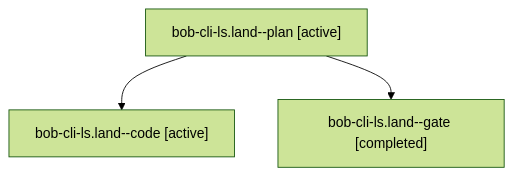
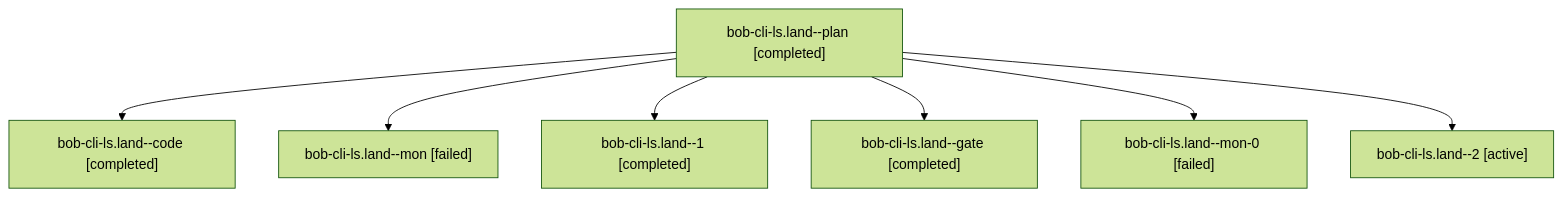
Before and after one commit to bobs-org/bob-cli--agents: the diagram in sessions/bbugyi200.athena.bob-cli-ls.land.md, drawn with Mermaid (forest theme). The commit also changed other lines of this file and 81 other files, not shown here.

````diff
--- a/sessions/bbugyi200.athena.bob-cli-ls.land.md
+++ b/sessions/bbugyi200.athena.bob-cli-ls.land.md
@@ -9,8 +9,16 @@
 ```mermaid
 flowchart TD
-  n0["bob-cli-ls.land--plan [active]"]
-  n1["bob-cli-ls.land--code [active]"]
+  n0["bob-cli-ls.land--plan [completed]"]
+  n1["bob-cli-ls.land--code [completed]"]
   n0 --> n1
-  n2["bob-cli-ls.land--gate [completed]"]
+  n2["bob-cli-ls.land--mon [failed]"]
   n0 --> n2
+  n3["bob-cli-ls.land--1 [completed]"]
+  n0 --> n3
+  n4["bob-cli-ls.land--gate [completed]"]
+  n0 --> n4
+  n5["bob-cli-ls.land--mon-0 [failed]"]
+  n0 --> n5
+  n6["bob-cli-ls.land--2 [active]"]
+  n0 --> n6
 ```
````
